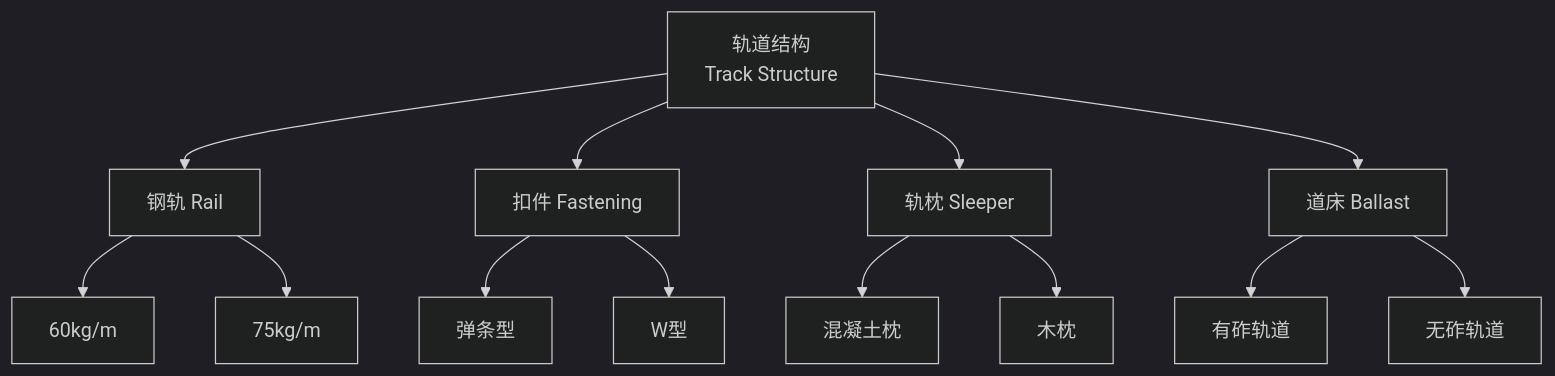
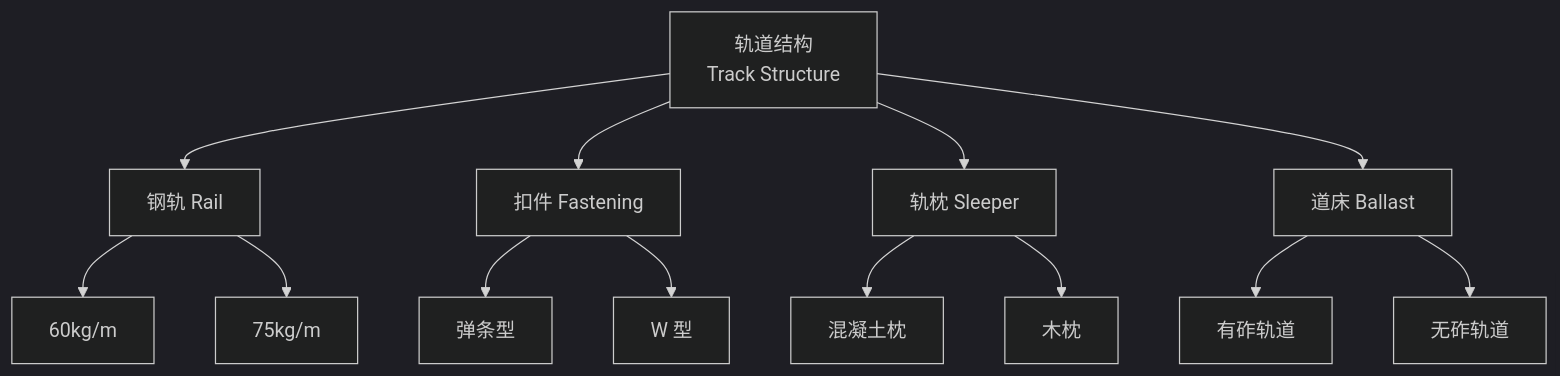
The first of 2 diagrams in 04_EngineeringAndTechnology/TransportationEngineering/RoadAndRailway/RailwayEngineering.md (Tianshang301/TianshangKnowledgeBase), drawn with Mermaid (dark theme) before and after one commit. The commit also changed other lines of this file and 2257 other files, not shown here.

````diff
--- a/04_EngineeringAndTechnology/TransportationEngineering/RoadAndRailway/RailwayEngineering.md
+++ b/04_EngineeringAndTechnology/TransportationEngineering/RoadAndRailway/RailwayEngineering.md
@@ -48,15 +50,15 @@
 ```mermaid
 graph TD
     A[轨道结构<br/>Track Structure] --> B[钢轨 Rail]
     A --> C[扣件 Fastening]
     A --> D[轨枕 Sleeper]
     A --> E[道床 Ballast]
     B --> B1[60kg/m]
     B --> B2[75kg/m]
     C --> C1[弹条型]
-    C --> C2[W型]
+    C --> C2[W 型]
     D --> D1[混凝土枕]
     D --> D2[木枕]
     E --> E1[有砟轨道]
     E --> E2[无砟轨道]
 ```
````
